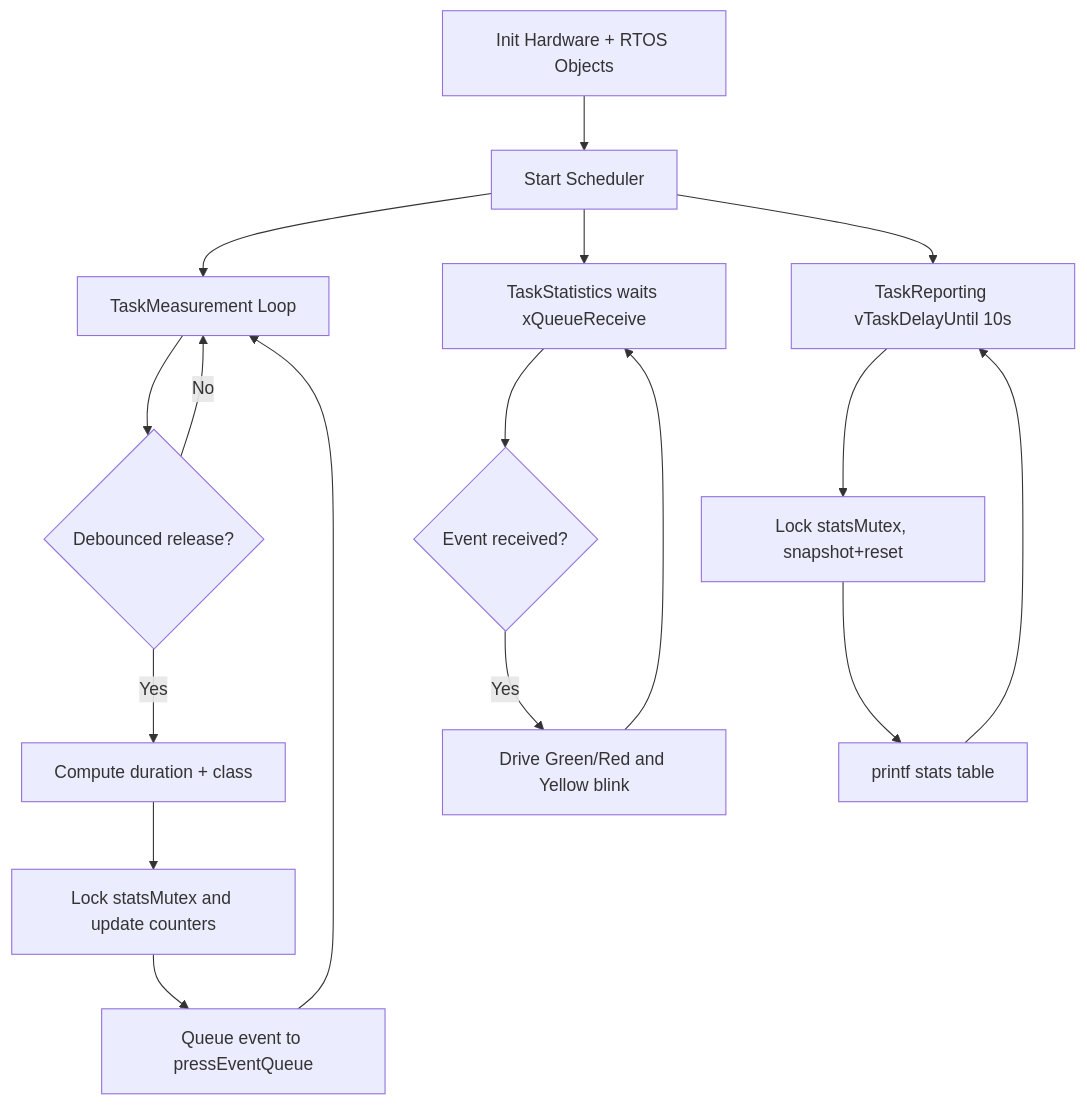
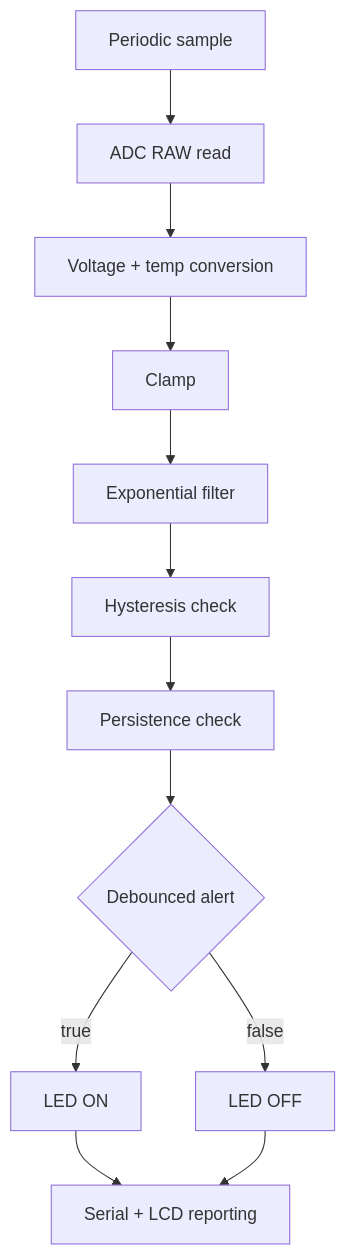
One commit to danganhuh/ES_labs changed the fourth of 7 diagrams in lib/reports/LAB2_REPORT.md. Above: the diagram before and after it, drawn with Mermaid. The commit also changed other lines of this file and 14 other files, not shown here.

````diff
--- a/lib/reports/LAB2_REPORT.md
+++ b/lib/reports/LAB2_REPORT.md
@@ -157,21 +189,14 @@
 ```mermaid
 flowchart TD
-	A[Init Hardware + RTOS Objects] --> B[Start Scheduler]
-	B --> C[TaskMeasurement Loop]
-	C --> D{Debounced release?}
-	D -- No --> C
-	D -- Yes --> E[Compute duration + class]
-	E --> F[Lock statsMutex and update counters]
-	F --> G[Queue event to pressEventQueue]
-	G --> C
-
-	B --> H[TaskStatistics waits xQueueReceive]
-	H --> I{Event received?}
-	I -- Yes --> J[Drive Green/Red and Yellow blink]
-	J --> H
-
-	B --> K[TaskReporting vTaskDelayUntil 10s]
-	K --> L[Lock statsMutex, snapshot+reset]
-	L --> M[printf stats table]
-	M --> K
+    A[Periodic sample] --> B[ADC RAW read]
+    B --> C[Voltage + temp conversion]
+    C --> D[Clamp]
+    D --> E[Exponential filter]
+    E --> F[Hysteresis check]
+    F --> G[Persistence check]
+    G --> H{Debounced alert}
+    H -- true --> I[LED ON]
+    H -- false --> J[LED OFF]
+    I --> K[Serial + LCD reporting]
+    J --> K
 ```
````
